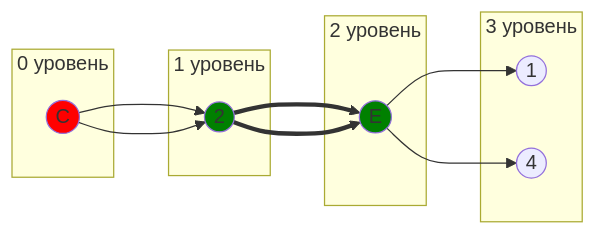
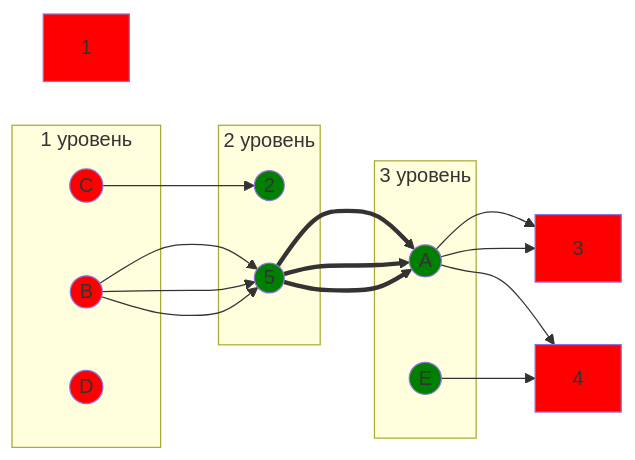
Before and after one commit to algos-ris-24-5/manual-tasks: the second of 11 diagrams in Задание 8/DIVI.md, drawn with Mermaid. The commit also changed other lines of this file, not shown here.

````diff
--- a/Задание 8/DIVI.md
+++ b/Задание 8/DIVI.md
@@ -77,22 +49,33 @@
 ```mermaid
 graph LR
-    subgraph "0 уровень"
+    subgraph "1 уровень"
+        B((B))
         C((C))
+        D((D))
     end
-    subgraph "1 уровень"
+    subgraph "2 уровень"
+        5((5))
         2((2))
     end
-    subgraph "2 уровень"
+    subgraph "3 уровень"
+        A((A))
         E((E))
     end
-    subgraph "3 уровень"
-        1((1))
-        4((4))
-    end
-    C --> 2 ==> E --> 1
-    C --> 2 ==> E --> 4
+    B --> 5 ==> A --> 3
+    B --> 5 ==> A --> 4
+    C --> 2 
+    E --> 4
+    B --> 5 ==> A --> 3
+
     
+    style B fill:#FF0000
     style C fill:#FF0000
+    style D fill:#FF0000
+    style A fill:#008000
     style E fill:#008000
+    style 5 fill:#008000
     style 2 fill:#008000
+    style 1 fill:#FF0000
+    style 3 fill:#FF0000
+    style 4 fill:#FF0000
 ```
````
